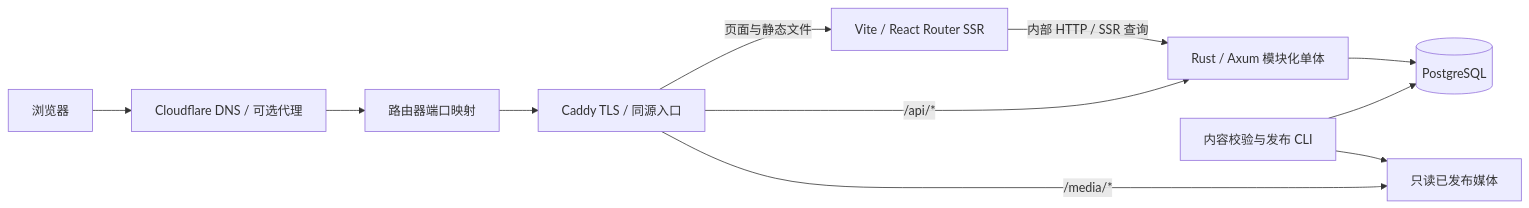
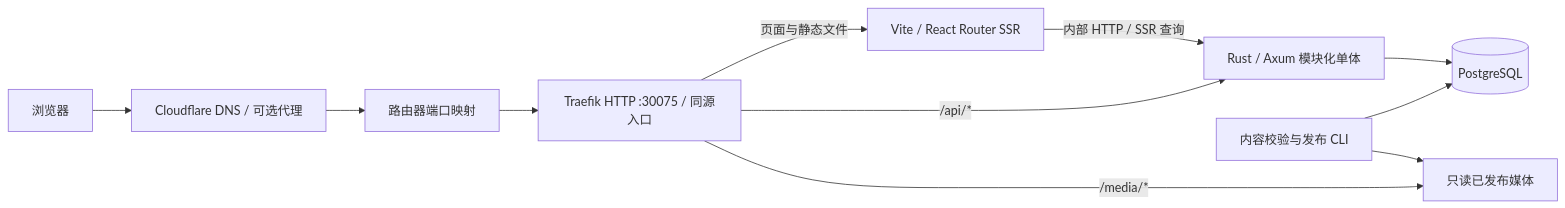
Before and after one commit to Ronbb/brioche: the diagram in docs/02-architecture.md, drawn with Mermaid. The commit also changed other lines of this file and 24 other files, not shown here.

Commit message:
Use Traefik HTTP 30075 and add PostgreSQL session security foundations

````diff
--- a/docs/02-architecture.md
+++ b/docs/02-architecture.md
@@ -13,13 +13,13 @@
 ```mermaid
 flowchart LR
   Browser[浏览器] --> Edge[Cloudflare DNS / 可选代理]
   Edge --> Router[路由器端口映射]
-  Router --> Proxy[Caddy TLS / 同源入口]
+  Router --> Proxy[Traefik HTTP :30075 / 同源入口]
   Proxy -->|页面与静态文件| Web[Vite / React Router SSR]
   Proxy -->|/api/*| Server[Rust / Axum 模块化单体]
   Proxy -->|/media/*| Media[只读已发布媒体]
   Web -->|内部 HTTP / SSR 查询| Server
   Server --> DB[(PostgreSQL)]
   Publish[内容校验与发布 CLI] --> DB
   Publish --> Media
 ```
````
